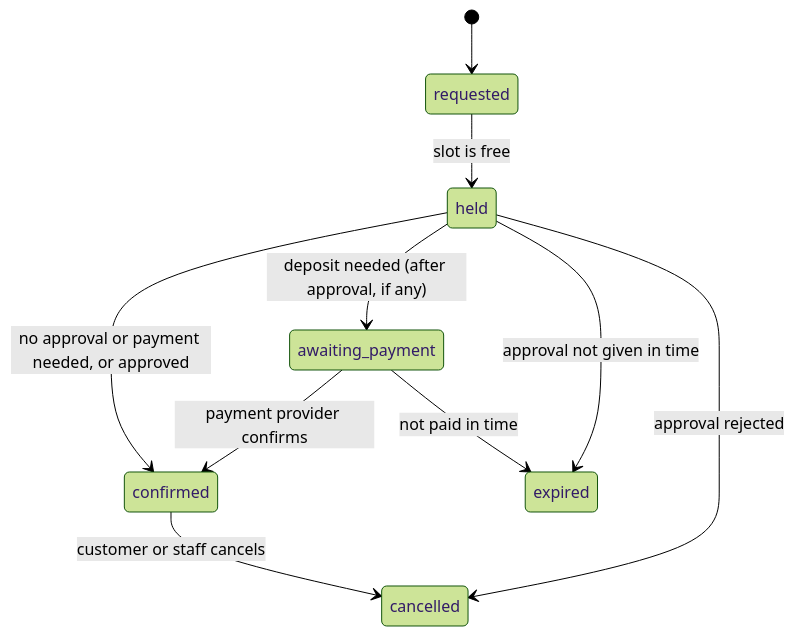
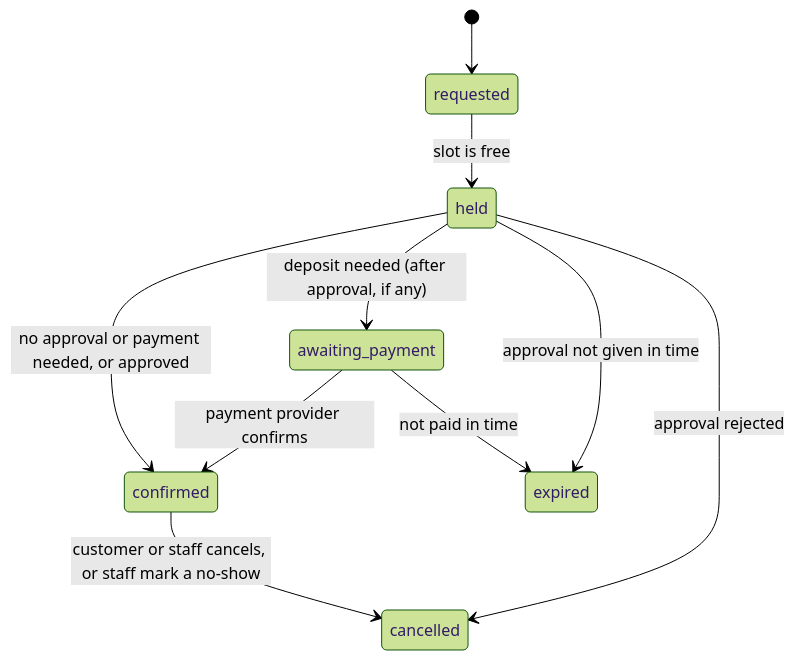
One commit to yossigreen/frontline changed the first of 2 diagrams in docs/spec/requirements.md. Above: the diagram before and after it, drawn with Mermaid (forest theme). The commit also changed other lines of this file, not shown here.

Commit message:
docs: define no-show recording and late-cancel consequence

````diff
--- a/docs/spec/requirements.md
+++ b/docs/spec/requirements.md
@@ -88,12 +88,12 @@
 ```mermaid
 stateDiagram-v2
     [*] --> requested
     requested --> held: slot is free
     held --> confirmed: no approval or payment needed, or approved
     held --> awaiting_payment: deposit needed (after approval, if any)
     held --> expired: approval not given in time
     held --> cancelled: approval rejected
     awaiting_payment --> confirmed: payment provider confirms
     awaiting_payment --> expired: not paid in time
-    confirmed --> cancelled: customer or staff cancels
+    confirmed --> cancelled: customer or staff cancels, or staff mark a no-show
 ```
````
